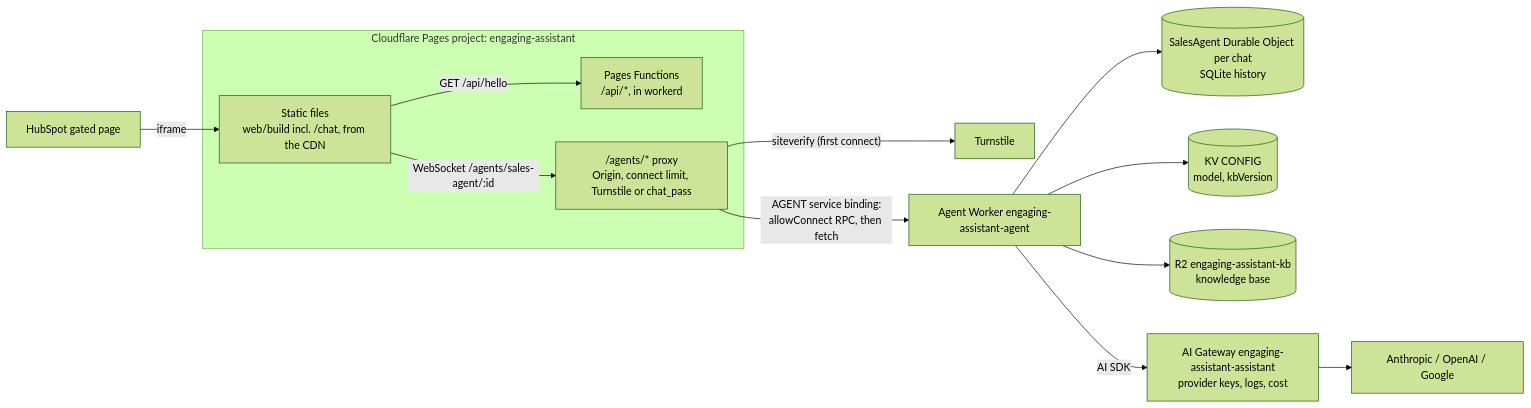
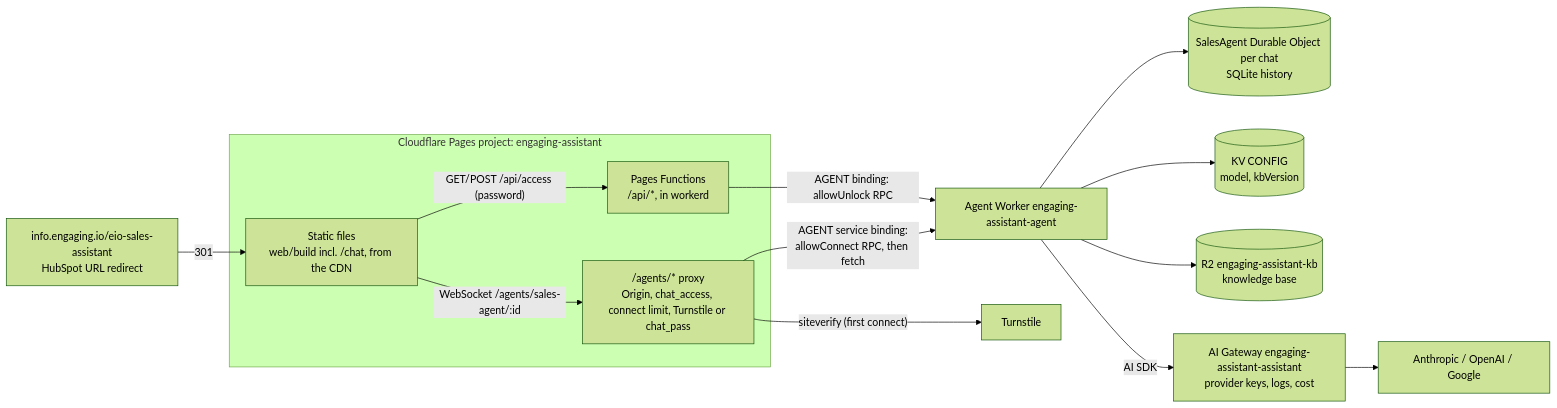
One commit to randika-srimal/cloudie changed the first of 3 diagrams in docs/architecture/overview.md. Above: the diagram before and after it, drawn with Mermaid (forest theme). The commit also changed other lines of this file and 31 other files, not shown here.

````diff
--- a/docs/architecture/overview.md
+++ b/docs/architecture/overview.md
@@ -7,18 +7,19 @@
 ```mermaid
 flowchart LR
-  HS[HubSpot gated page] -->|iframe| S
+  HS[info.engaging.io/eio-sales-assistant<br/>HubSpot URL redirect] -->|301| S
   subgraph Pages["Cloudflare Pages project: engaging-assistant"]
     S[Static files<br/>web/build incl. /chat, from the CDN]
     F[Pages Functions<br/>/api/*, in workerd]
-    P["/agents/* proxy<br/>Origin, connect limit, Turnstile or chat_pass"]
+    P["/agents/* proxy<br/>Origin, chat_access, connect limit, Turnstile or chat_pass"]
   end
-  S -->|"GET /api/hello"| F
+  S -->|"GET/POST /api/access (password)"| F
+  F -->|"AGENT binding: allowUnlock RPC"| W
   S -->|"WebSocket /agents/sales-agent/:id"| P
   P -->|"siteverify (first connect)"| T[Turnstile]
   P -->|"AGENT service binding:<br/>allowConnect RPC, then fetch"| W[Agent Worker engaging-assistant-agent]
   W --> DO[(SalesAgent Durable Object per chat<br/>SQLite history)]
   W --> KV[(KV CONFIG<br/>model, kbVersion)]
   W --> R2[(R2 engaging-assistant-kb<br/>knowledge base)]
   W -->|AI SDK| GW[AI Gateway engaging-assistant-assistant<br/>provider keys, logs, cost]
   GW --> LLM[Anthropic / OpenAI / Google]
 ```
````
